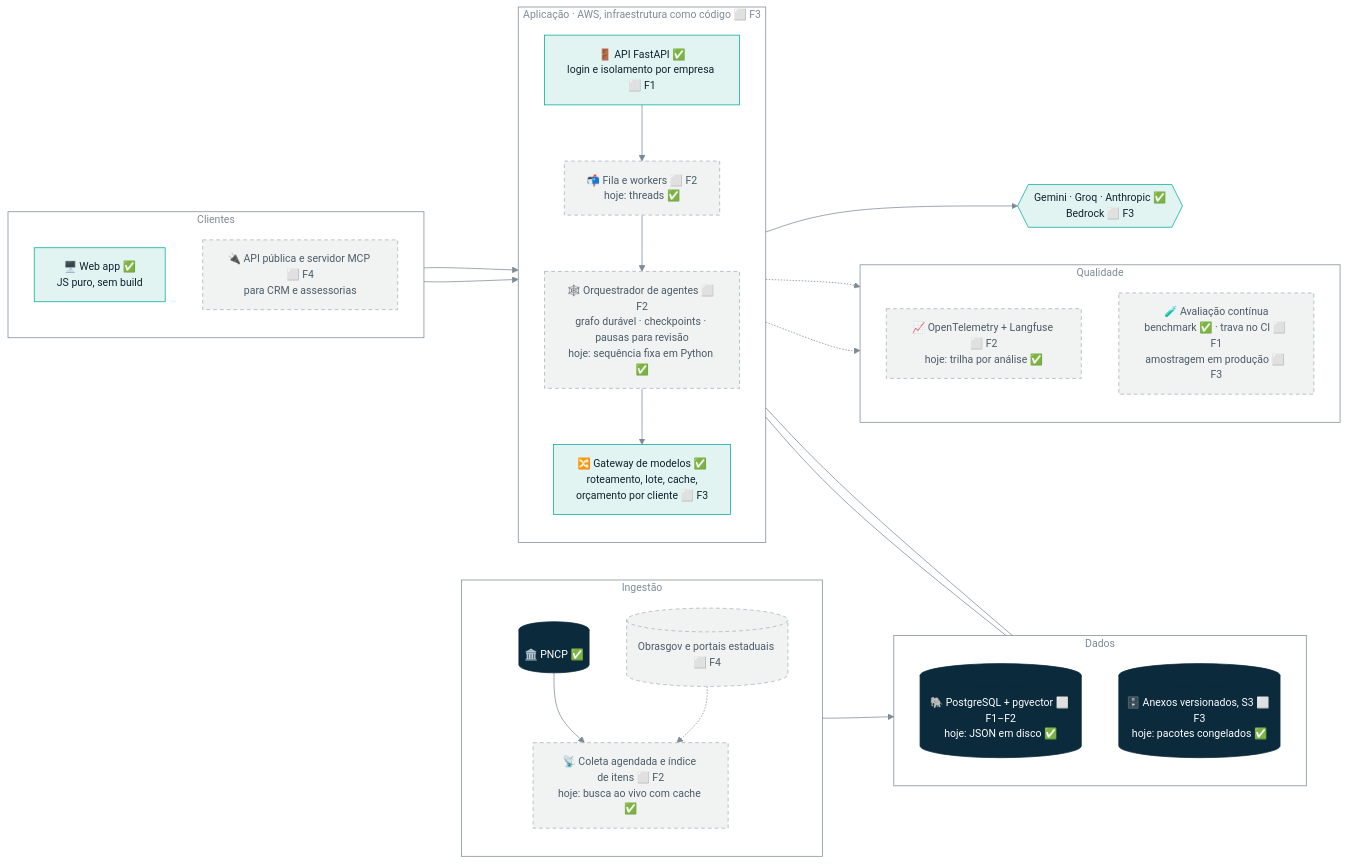
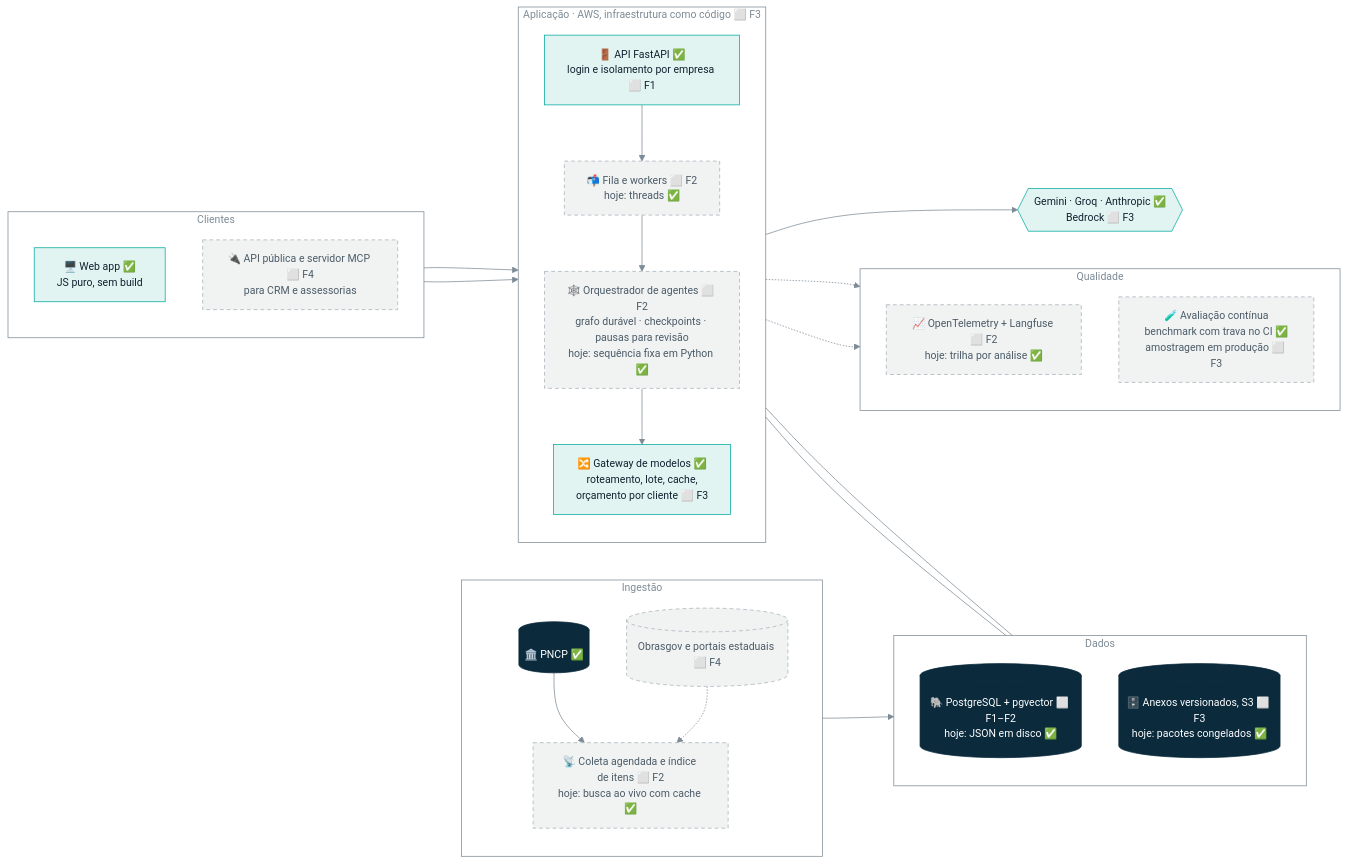
Before and after one commit to Omniamind-org/obranexo: the diagram in docs/diagrams/arquitetura-producao.mmd, drawn with Mermaid. The commit also changed 13 other files, not shown here.

First line of the commit message:
ci: lint, testes e benchmark como trava de qualidade no GitHub Actions

```diff
--- a/docs/diagrams/arquitetura-producao.mmd
+++ b/docs/diagrams/arquitetura-producao.mmd
@@ -1,43 +1,43 @@
 %%{init: {'theme':'base','themeVariables':{'primaryColor':'#e2f4f2','primaryTextColor':'#10222f','primaryBorderColor':'#00ab9f','lineColor':'#7d8b96','edgeLabelBackground':'#f1f3f3','fontFamily':'Plus Jakarta Sans, Segoe UI, sans-serif','fontSize':'14px','clusterBkg':'transparent','clusterBorder':'#7d8b96','titleColor':'#7d8b96'}}}%%
 flowchart LR
   subgraph CLI[" Clientes "]
     direction TB
     W[🖥️ Web app ✅<br/>JS puro, sem build]:::inf
     API2[🔌 API pública e servidor MCP ⬜ F4<br/>para CRM e assessorias]:::plan
   end
   subgraph APP[" Aplicação · AWS, infraestrutura como código ⬜ F3 "]
     direction TB
     G[🚪 API FastAPI ✅<br/>login e isolamento por empresa ⬜ F1]:::inf
     Q[📬 Fila e workers ⬜ F2<br/>hoje: threads ✅]:::plan
     OR[🕸️ Orquestrador de agentes ⬜ F2<br/>grafo durável · checkpoints · pausas para revisão<br/>hoje: sequência fixa em Python ✅]:::plan
     GW[🔀 Gateway de modelos ✅<br/>roteamento, lote, cache,<br/>orçamento por cliente ⬜ F3]:::inf
   end
   subgraph DAT[" Dados "]
     direction TB
     PG[(🐘 PostgreSQL + pgvector ⬜ F1–F2<br/>hoje: JSON em disco ✅)]:::mem
     S3[(🗄️ Anexos versionados, S3 ⬜ F3<br/>hoje: pacotes congelados ✅)]:::mem
   end
   subgraph ING[" Ingestão "]
     direction TB
     PN[(🏛️ PNCP ✅)]:::mem
     IG[📡 Coleta agendada e índice de itens ⬜ F2<br/>hoje: busca ao vivo com cache ✅]:::plan
     OUT[(Obrasgov e portais estaduais ⬜ F4)]:::plan
   end
   subgraph OBS[" Qualidade "]
     direction TB
     OT[📈 OpenTelemetry + Langfuse ⬜ F2<br/>hoje: trilha por análise ✅]:::plan
-    EV[🧪 Avaliação contínua<br/>benchmark ✅ · trava no CI ⬜ F1<br/>amostragem em produção ⬜ F3]:::plan
+    EV[🧪 Avaliação contínua<br/>benchmark com trava no CI ✅<br/>amostragem em produção ⬜ F3]:::plan
   end
   LLM{{Gemini · Groq · Anthropic ✅<br/>Bedrock ⬜ F3}}:::inf
   W --> G
   API2 --> G
   G --> Q --> OR --> GW --> LLM
   OR --- PG
   OR --- S3
   PN --> IG --> PG
   OUT -.-> IG
   OR -.-> OT
   OR -.-> EV
   classDef plan fill:#f1f3f3,stroke:#a5b0b8,color:#4b5b67,stroke-dasharray:5 4
   classDef mem fill:#0b2a3c,stroke:#0b2a3c,color:#ffffff
   classDef inf fill:#e2f4f2,stroke:#00ab9f,color:#10222f
```
